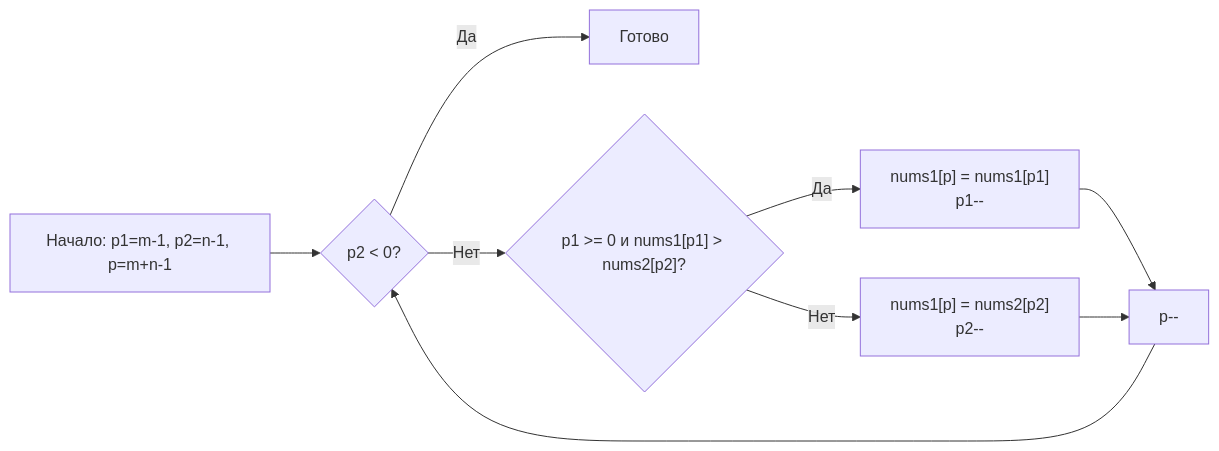
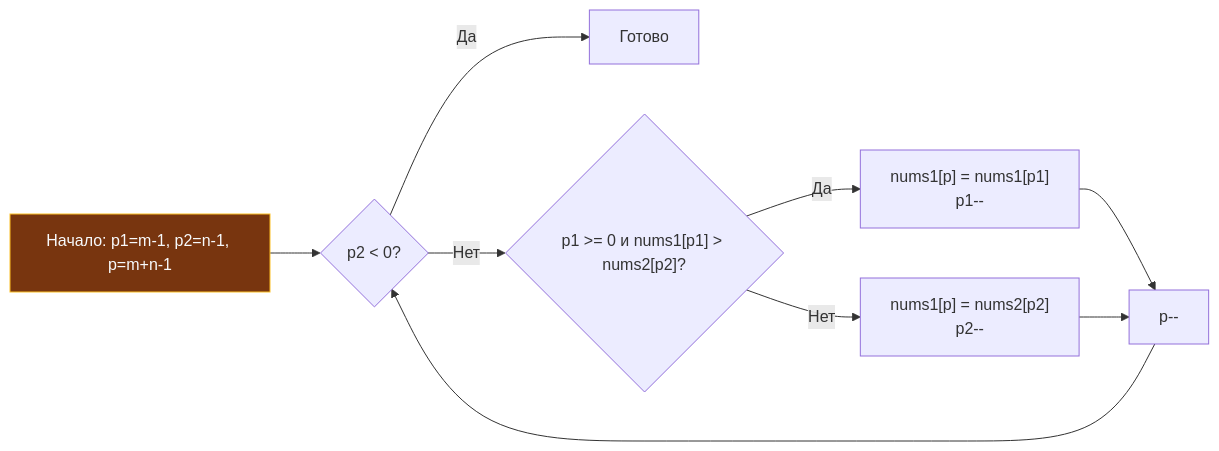
Before and after one commit to UnrealTemplier/go-textbook: the diagram in sources/21. Задачи с LeetCode и собеседований на Go/02. Задачи/01. Массивы и строки/9. Merge Sorted Array.md, drawn with Mermaid. The commit also changed 1666 other files, not shown here.

First line of the commit message:
feat(mermaid): add semantic color classDef to 1369 colorless flowchart/graph diagrams

````diff
--- a/sources/21. Задачи с LeetCode и собеседований на Go/02. Задачи/01. Массивы и строки/9. Merge Sorted Array.md
+++ b/sources/21. Задачи с LeetCode и собеседований на Go/02. Задачи/01. Массивы и строки/9. Merge Sorted Array.md
@@ -80,11 +80,21 @@
 ```mermaid
 flowchart LR
-    A["Начало: p1=m-1, p2=n-1, p=m+n-1"] --> B{"p2 < 0?"}
+    classDef process  fill:#1e293b,stroke:#38bdf8,stroke-width:1px,color:#f8fafc
+    classDef success  fill:#064e3b,stroke:#34d399,stroke-width:1px,color:#f8fafc
+    classDef error    fill:#7f1d1d,stroke:#f87171,stroke-width:1px,color:#f8fafc
+    classDef warning  fill:#78350f,stroke:#fbbf24,stroke-width:1px,color:#f8fafc
+    classDef entry    fill:#1e3a5f,stroke:#38bdf8,stroke-width:2px,color:#f8fafc
+    classDef aux      fill:#334155,stroke:#64748b,stroke-width:1px,color:#f8fafc
+    classDef system   fill:#312e81,stroke:#a78bfa,stroke-width:1px,color:#f8fafc
+    classDef data     fill:#132d29,stroke:#2dd4bf,stroke-width:1px,color:#f8fafc
+    classDef network  fill:#881337,stroke:#fb7185,stroke-width:1px,color:#f8fafc
+    classDef accent   fill:#1e1b4b,stroke:#818cf8,stroke-width:1px,color:#f8fafc
+    A["Начало: p1=m-1, p2=n-1, p=m+n-1"]:::warning --> B{"p2 < 0?"}
     B -->|"Да"| End["Готово"]
     B -->|"Нет"| C{"p1 >= 0 и nums1[p1] > nums2[p2]?"}
     C -->|"Да"| D["nums1[p] = nums1[p1]<br>p1--"]
     C -->|"Нет"| E["nums1[p] = nums2[p2]<br>p2--"]
     D --> F["p--"]
     E --> F
     F --> B
 ```
````
